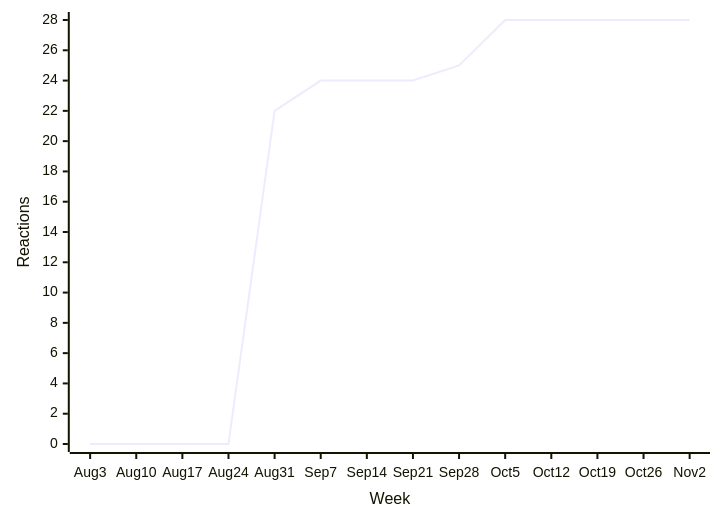
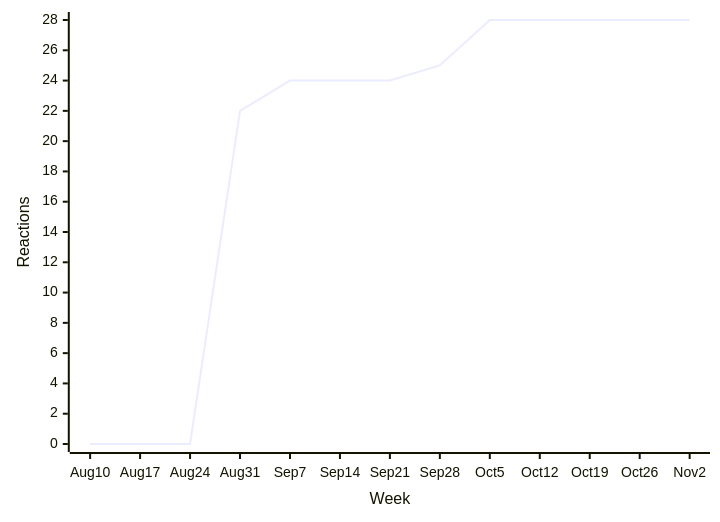
Before and after one commit to loic-sharma/github-insights: the fourth of 40 diagrams in README.md, drawn with Mermaid. The commit also changed other lines of this file and 3 other files, not shown here.

````diff
--- a/README.md
+++ b/README.md
@@ -375,6 +375,6 @@
   ```mermaid
   xychart-beta
-    x-axis "Week" [Aug 3, Aug 10, Aug 17, Aug 24, Aug 31, Sep 7, Sep 14, Sep 21, Sep 28, Oct 5, Oct 12, Oct 19, Oct 26, Nov 2]
+    x-axis "Week" [Aug 10, Aug 17, Aug 24, Aug 31, Sep 7, Sep 14, Sep 21, Sep 28, Oct 5, Oct 12, Oct 19, Oct 26, Nov 2]
     y-axis "Reactions"
-    line [0, 0, 0, 0, 22, 24, 24, 24, 25, 28, 28, 28, 28, 28]
+    line [0, 0, 0, 22, 24, 24, 24, 25, 28, 28, 28, 28, 28]
   ```
````
